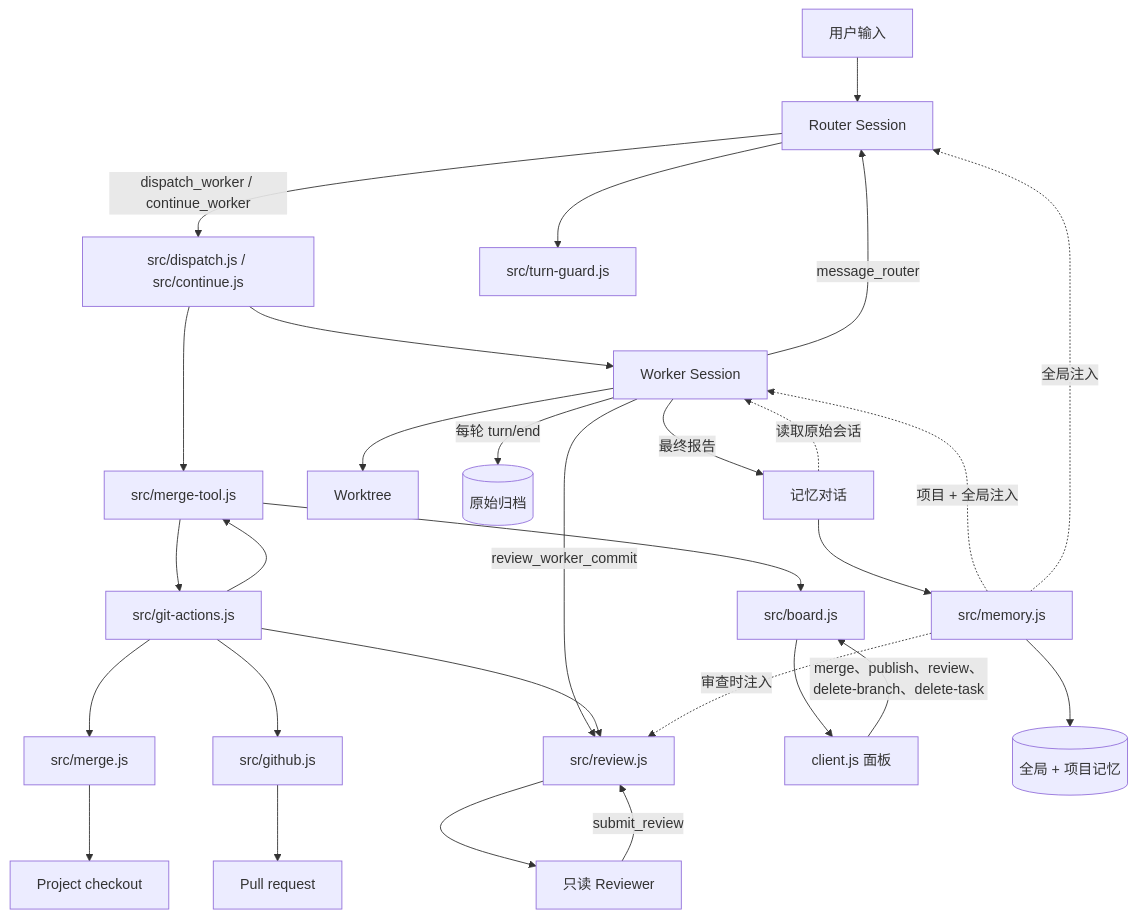
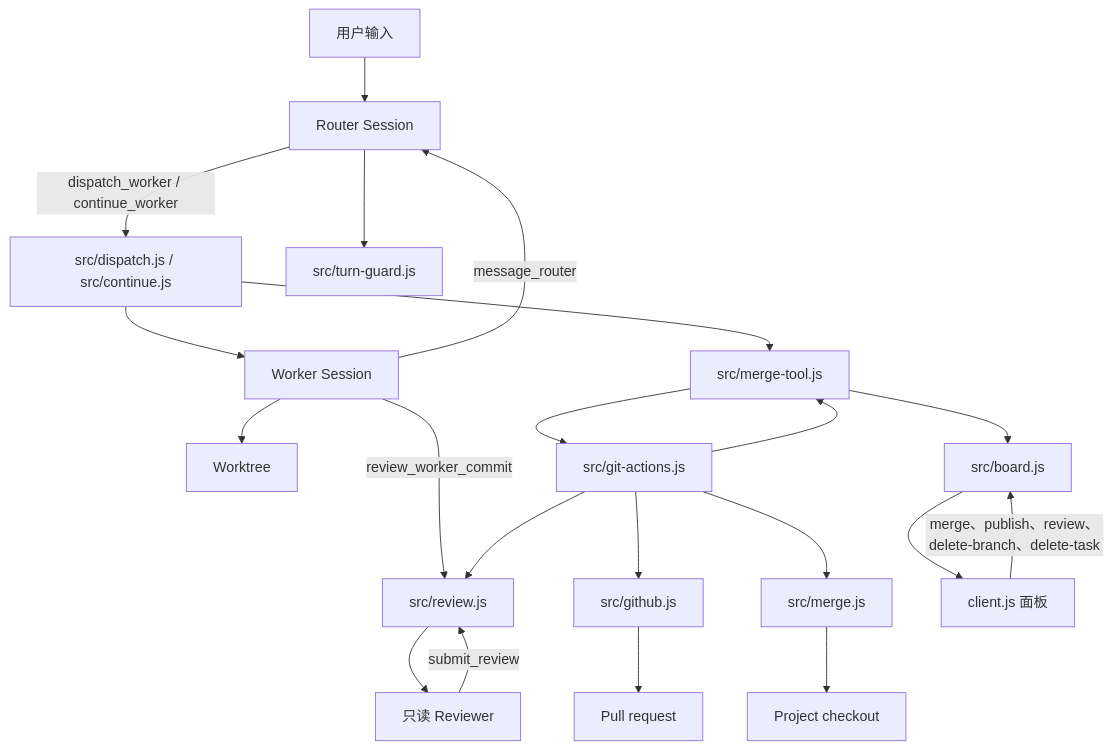
One commit to LMQ00/superagent-lite changed the diagram in docs/007-architecture.md. Above: the diagram before and after it, drawn with Mermaid. The commit also changed other lines of this file and 34 other files, not shown here.

````diff
--- a/docs/007-architecture.md
+++ b/docs/007-architecture.md
@@ -9,31 +9,23 @@
 ```mermaid
 flowchart TB
   U[用户输入] --> R[Router Session]
   R -->|dispatch_worker / continue_worker| D[src/dispatch.js / src/continue.js]
   D --> T[(Task 记录)]
   D --> W[Worker Session]
   W --> WT[Worktree]
   W -->|review_worker_commit| RV[src/review.js]
   RV --> HR[只读 Reviewer]
   HR -->|submit_review| RV
   W -->|message_router| R
   T --> G[src/git-actions.js]
   G --> M[src/merge.js]
   G --> T[src/merge-tool.js]
   G --> GH[src/github.js]
   G --> RV
   M --> P[Project checkout]
   GH --> PR[Pull request]
   T --> B[src/board.js]
   B --> C[client.js 面板]
   C -->|merge、publish、review、delete-branch、delete-task| B
   R --> TG[src/turn-guard.js]
-  W -->|每轮 turn/end| RA[(原始归档)]
-  W -->|最终报告| ME[记忆对话]
-  ME -.->|读取原始会话| W
-  ME --> MS[src/memory.js]
-  MS --> MF[(全局 + 项目记忆)]
-  MS -.->|项目 + 全局注入| W
-  MS -.->|审查时注入| RV
-  MS -.->|全局注入| R
 ```
````
